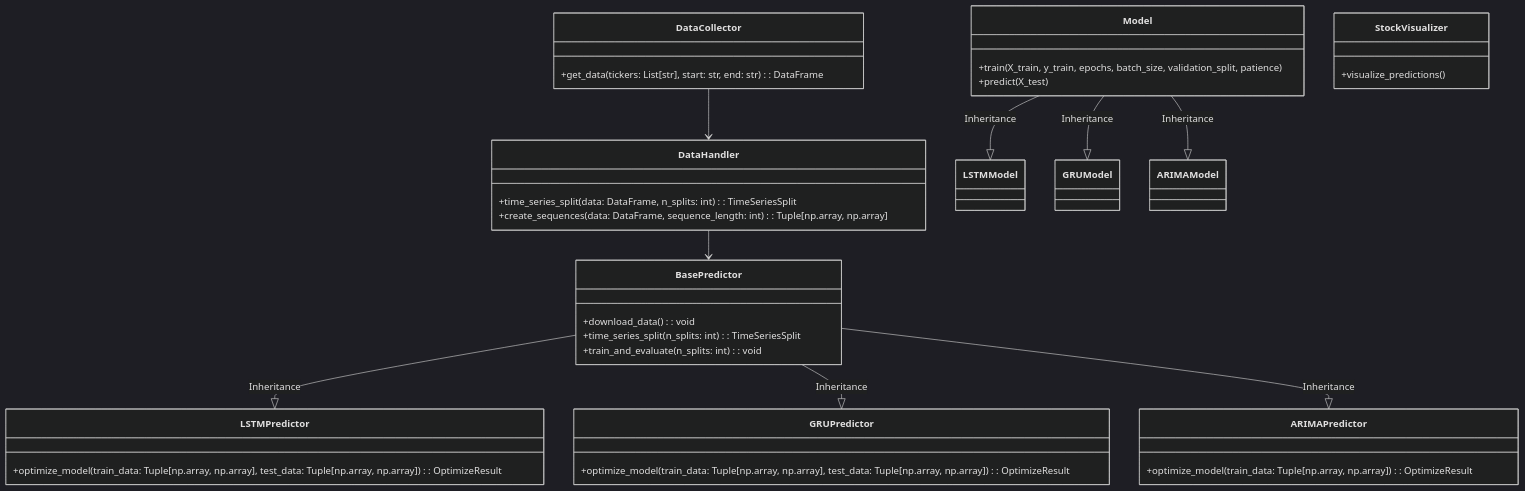
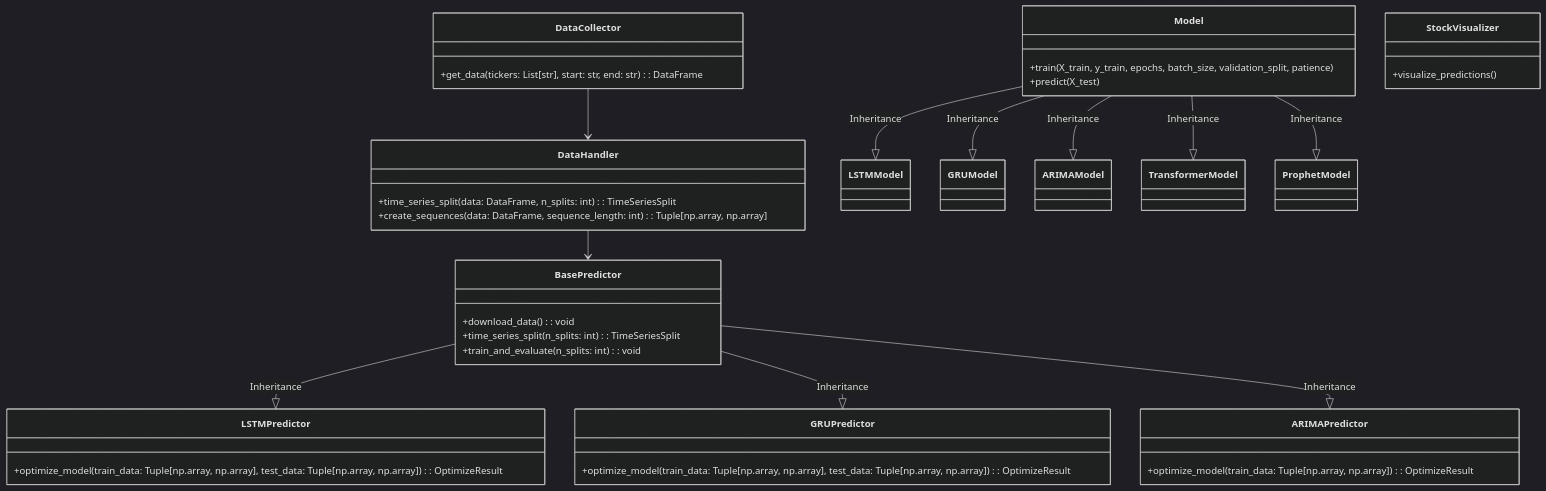
Before and after one commit to xandermuse/CPSC393_Final: the second of 3 diagrams in README.md, drawn with Mermaid (dark theme). The commit also changed other lines of this file and 14 other files, not shown here.

````diff
--- a/README.md
+++ b/README.md
@@ -96,45 +115,47 @@
 ```mermaid
 classDiagram
     class DataCollector {
         +get_data(tickers: List[str], start: str, end: str): DataFrame
     }
     class DataHandler {
         +time_series_split(data: DataFrame, n_splits: int): TimeSeriesSplit
         +create_sequences(data: DataFrame, sequence_length: int): Tuple[np.array, np.array]
     }
     class BasePredictor {
         +download_data(): void
         +time_series_split(n_splits: int): TimeSeriesSplit
         +train_and_evaluate(n_splits: int): void
     }
     class LSTMPredictor {
         +optimize_model(train_data: Tuple[np.array, np.array], test_data: Tuple[np.array, np.array]): OptimizeResult
     }
     class GRUPredictor {
         +optimize_model(train_data: Tuple[np.array, np.array], test_data: Tuple[np.array, np.array]): OptimizeResult
     }
     class ARIMAPredictor {
         +optimize_model(train_data: Tuple[np.array, np.array]): OptimizeResult
     }
     class Model {
         +train(X_train, y_train, epochs, batch_size, validation_split, patience)
         +predict(X_test)
     }
     class LSTMModel {
     }
     class GRUModel {
     }
     class ARIMAModel {
     }
     class StockVisualizer {
         +visualize_predictions()
     }
     DataCollector --> DataHandler
     DataHandler --> BasePredictor
     BasePredictor --|> LSTMPredictor : Inheritance
     BasePredictor --|> GRUPredictor : Inheritance
     BasePredictor --|> ARIMAPredictor : Inheritance
     Model --|> LSTMModel : Inheritance
     Model --|> GRUModel : Inheritance
     Model --|> ARIMAModel : Inheritance
+    Model --|> TransformerModel : Inheritance
+    Model --|> ProphetModel : Inheritance
 ```
````
